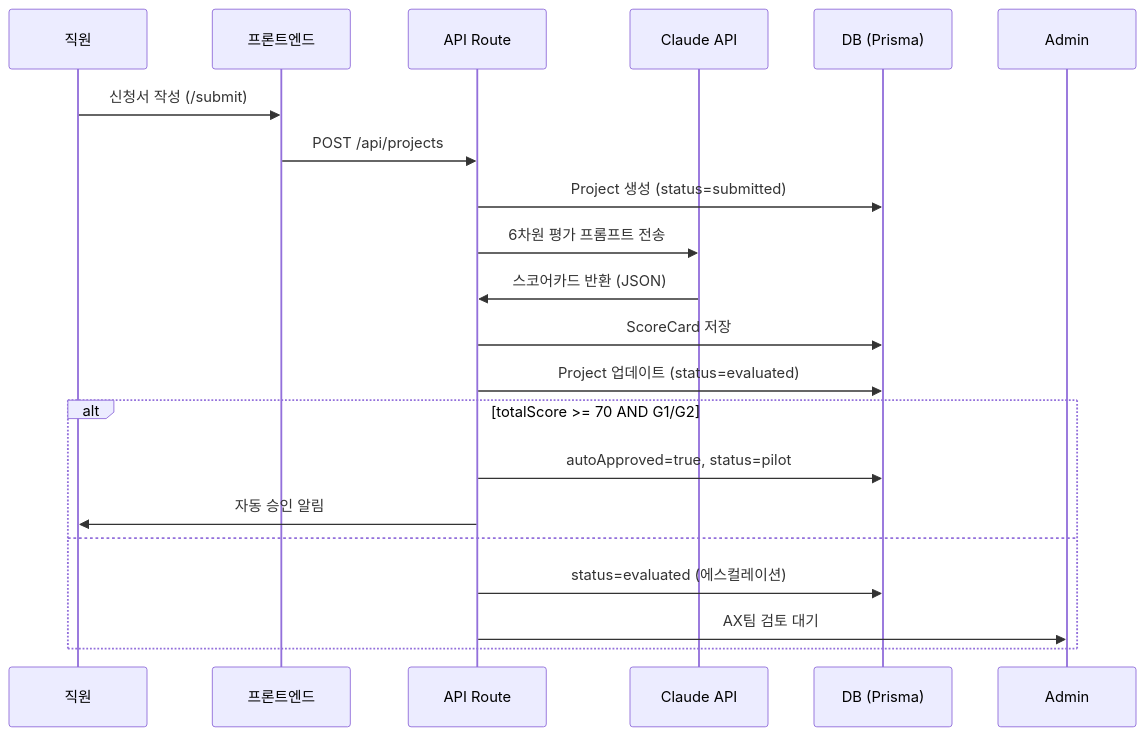
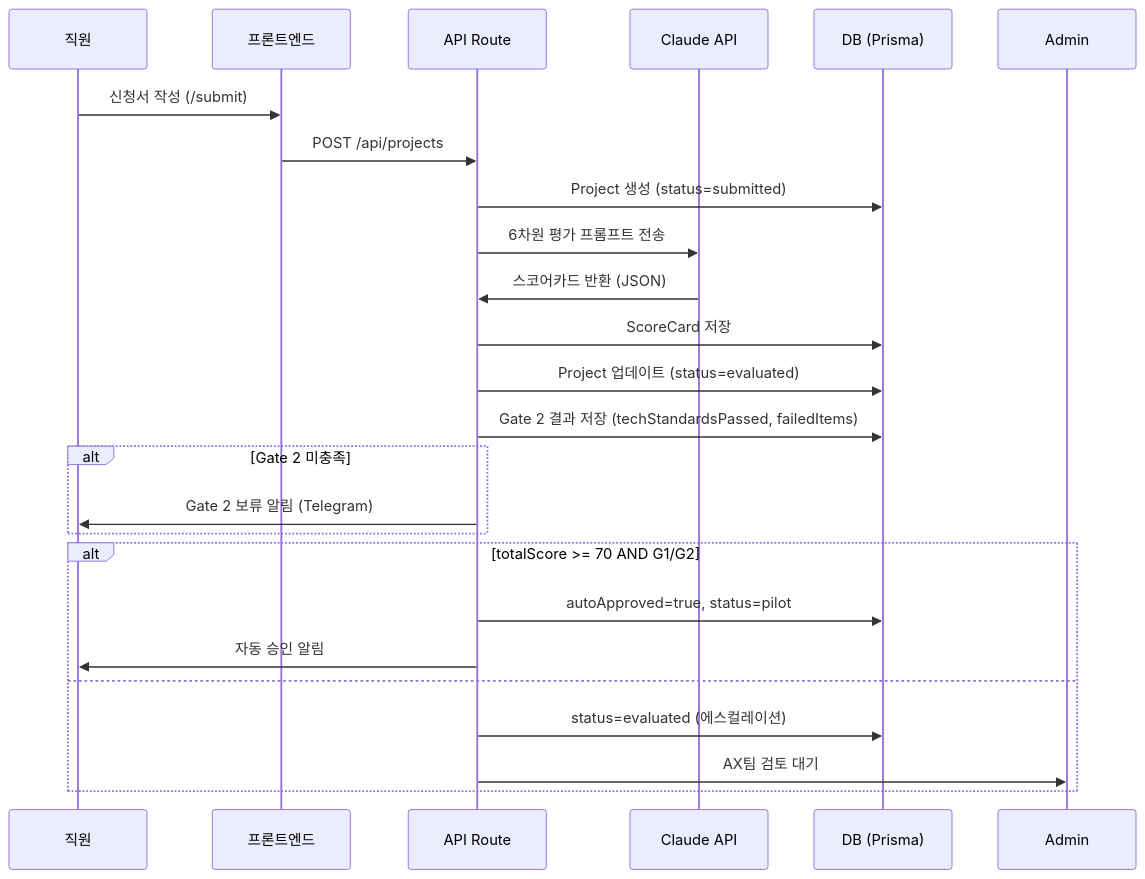
One commit to honggun2233/ax-request-hub changed the third of 6 diagrams in ax-request-hub/docs/architecture.md. Above: the diagram before and after it, drawn with Mermaid. The commit also changed other lines of this file, not shown here.

First line of the commit message:
docs(P2-1): architecture.md에 Agent vs AgentRegistry 역할 경계 섹션 추가

````diff
--- a/ax-request-hub/docs/architecture.md
+++ b/ax-request-hub/docs/architecture.md
@@ -90,24 +99,28 @@
 ```mermaid
 sequenceDiagram
     participant U as 직원
     participant F as 프론트엔드
     participant A as API Route
     participant C as Claude API
     participant D as DB (Prisma)
 
     U->>F: 신청서 작성 (/submit)
     F->>A: POST /api/projects
     A->>D: Project 생성 (status=submitted)
     A->>C: 6차원 평가 프롬프트 전송
     C->>A: 스코어카드 반환 (JSON)
     A->>D: ScoreCard 저장
     A->>D: Project 업데이트 (status=evaluated)
 
+    A->>D: Gate 2 결과 저장 (techStandardsPassed, failedItems)
+    alt Gate 2 미충족
+        A->>U: Gate 2 보류 알림 (Telegram)
+    end
     alt totalScore >= 70 AND G1/G2
         A->>D: autoApproved=true, status=pilot
         A->>U: 자동 승인 알림
     else
         A->>D: status=evaluated (에스컬레이션)
         A->>Admin: AX팀 검토 대기
     end
 ```
````
